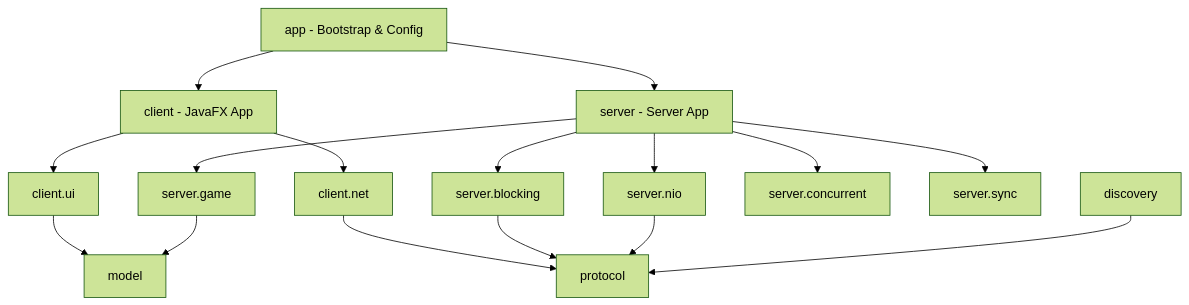
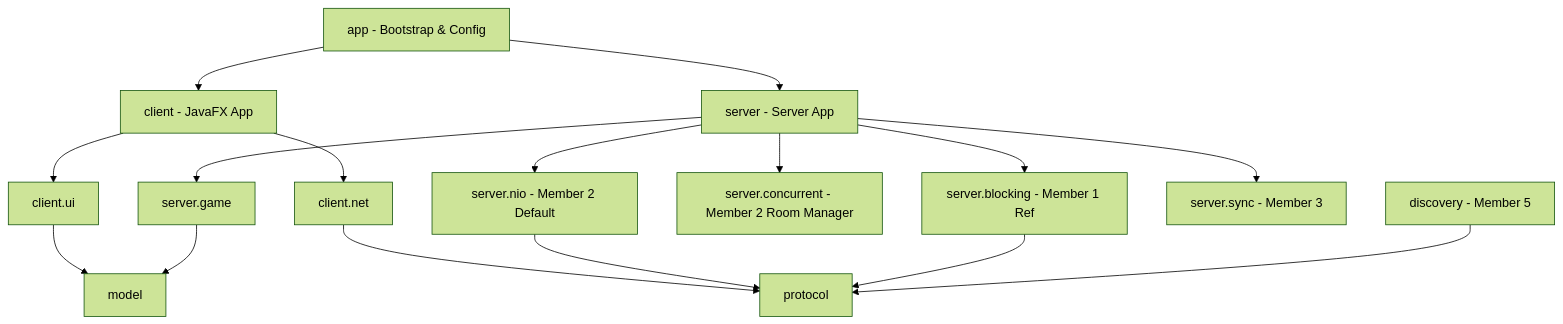
The diagram in docs/ARCHITECTURE.md (Sathurjanv23/QuizBattle), drawn with Mermaid (forest theme) before and after one commit. The commit also changed other lines of this file and 21 other files, not shown here.

````diff
--- a/docs/ARCHITECTURE.md
+++ b/docs/ARCHITECTURE.md
@@ -21,18 +21,18 @@
 ```mermaid
 graph TD
     App[app - Bootstrap & Config] --> Client[client - JavaFX App]
     App --> Server[server - Server App]
     Client --> ClientUI[client.ui]
     Client --> ClientNet[client.net]
     ClientNet --> Protocol[protocol]
     ClientUI --> Model[model]
-    Server --> ServerBlocking[server.blocking]
-    Server --> ServerNio[server.nio]
+    Server --> ServerNio[server.nio - Member 2 Default]
+    Server --> ServerBlocking[server.blocking - Member 1 Ref]
+    Server --> ServerConcurrent[server.concurrent - Member 2 Room Manager]
     Server --> ServerGame[server.game]
-    Server --> ServerConcurrent[server.concurrent]
-    Server --> ServerSync[server.sync]
+    Server --> ServerSync[server.sync - Member 3]
     ServerGame --> Model
+    ServerNio --> Protocol
     ServerBlocking --> Protocol
-    ServerNio --> Protocol
-    Discovery[discovery] --> Protocol
+    Discovery[discovery - Member 5] --> Protocol
 ```
````
